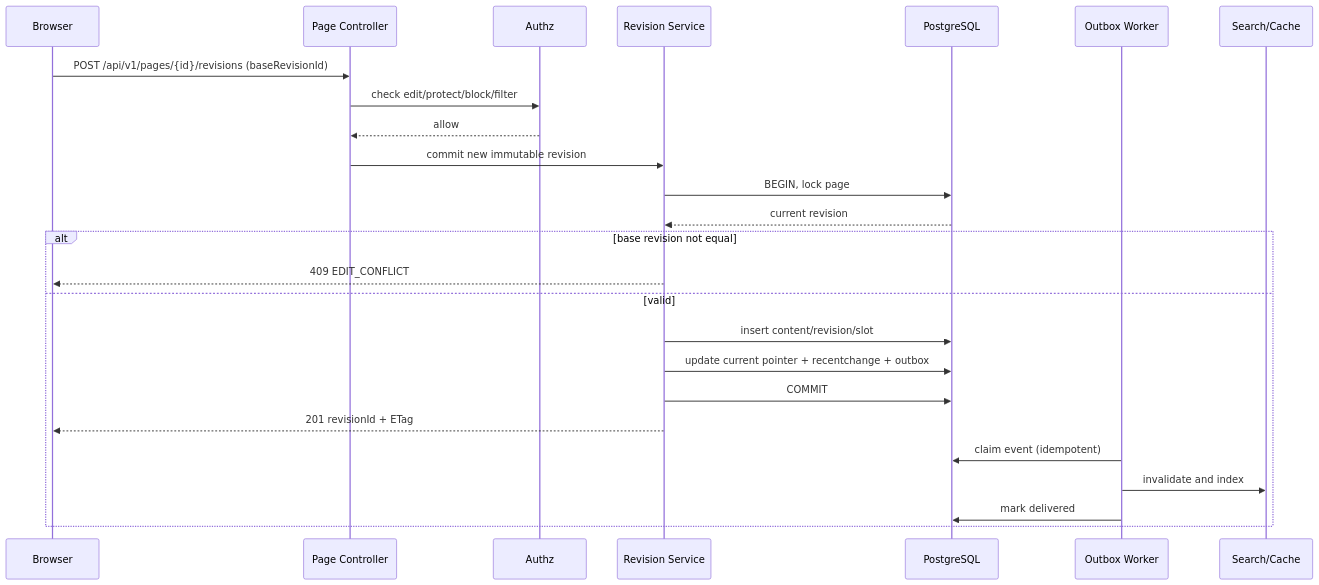
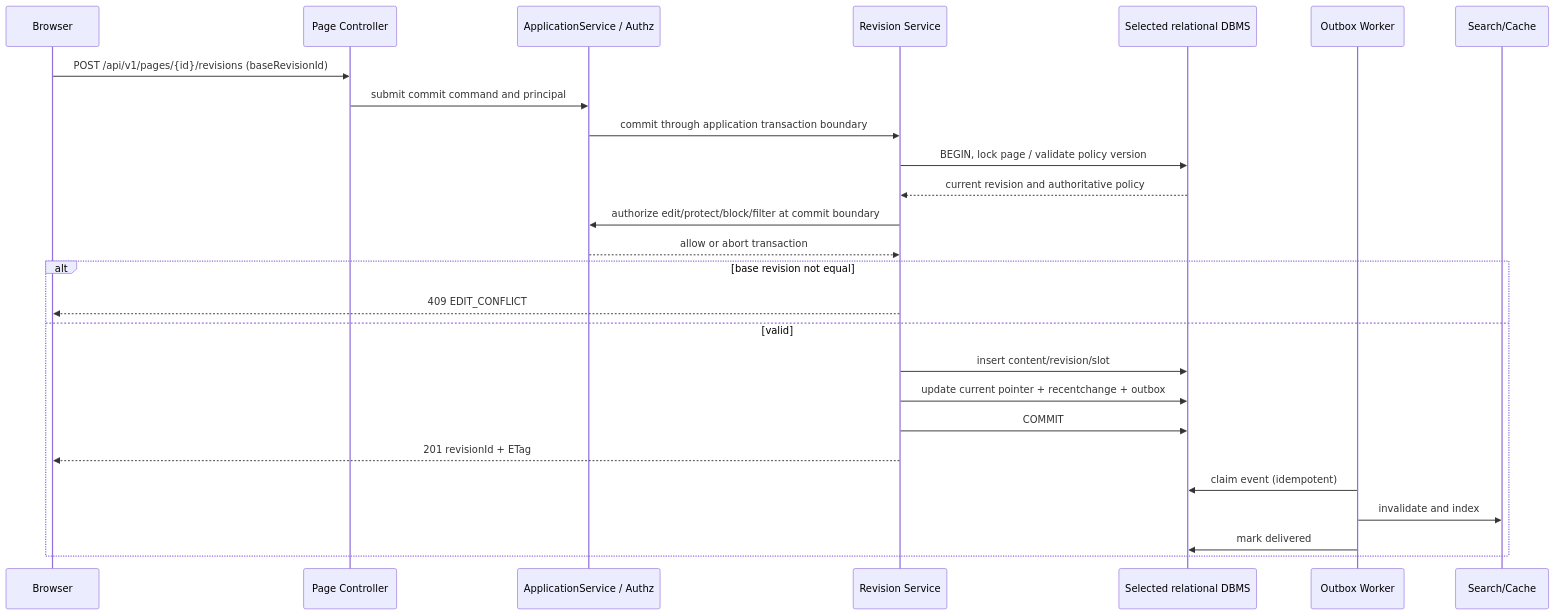
One commit to MPThLee/LibertyWiki changed the third of 7 diagrams in wiki_design/source/04_ARCHITECTURE.md. Above: the diagram before and after it, drawn with Mermaid. The commit also changed other lines of this file and 33 other files, not shown here.

````diff
--- a/wiki_design/source/04_ARCHITECTURE.md
+++ b/wiki_design/source/04_ARCHITECTURE.md
@@ -73,27 +75,28 @@
 ```mermaid
 sequenceDiagram
     participant UI as Browser
     participant C as Page Controller
-    participant A as Authz
+    participant A as ApplicationService / Authz
     participant R as Revision Service
-    participant DB as PostgreSQL
+    participant DB as Selected relational DBMS
     participant O as Outbox Worker
     participant I as Search/Cache
     UI->>C: POST /api/v1/pages/{id}/revisions (baseRevisionId)
-    C->>A: check edit/protect/block/filter
-    A-->>C: allow
-    C->>R: commit new immutable revision
-    R->>DB: BEGIN, lock page
-    DB-->>R: current revision
+    C->>A: submit commit command and principal
+    A->>R: commit through application transaction boundary
+    R->>DB: BEGIN, lock page / validate policy version
+    DB-->>R: current revision and authoritative policy
+    R->>A: authorize edit/protect/block/filter at commit boundary
+    A-->>R: allow or abort transaction
     alt base revision not equal
       R-->>UI: 409 EDIT_CONFLICT
     else valid
       R->>DB: insert content/revision/slot
       R->>DB: update current pointer + recentchange + outbox
       R->>DB: COMMIT
       R-->>UI: 201 revisionId + ETag
       O->>DB: claim event (idempotent)
       O->>I: invalidate and index
       O->>DB: mark delivered
     end
 ```
````
